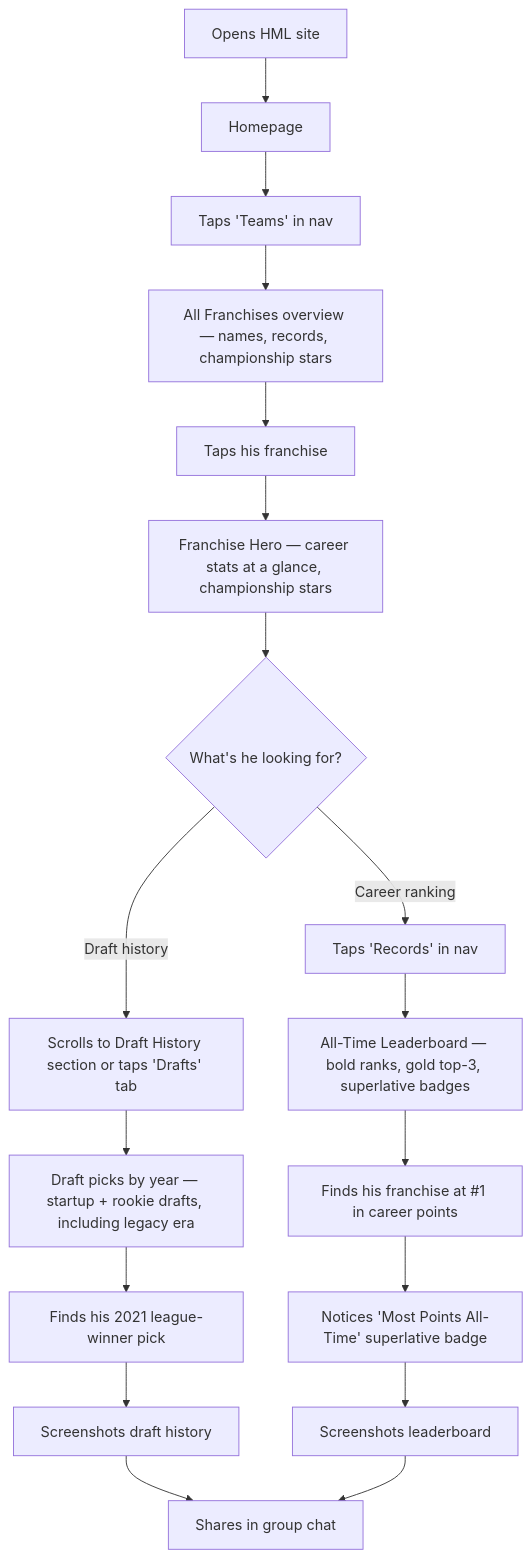
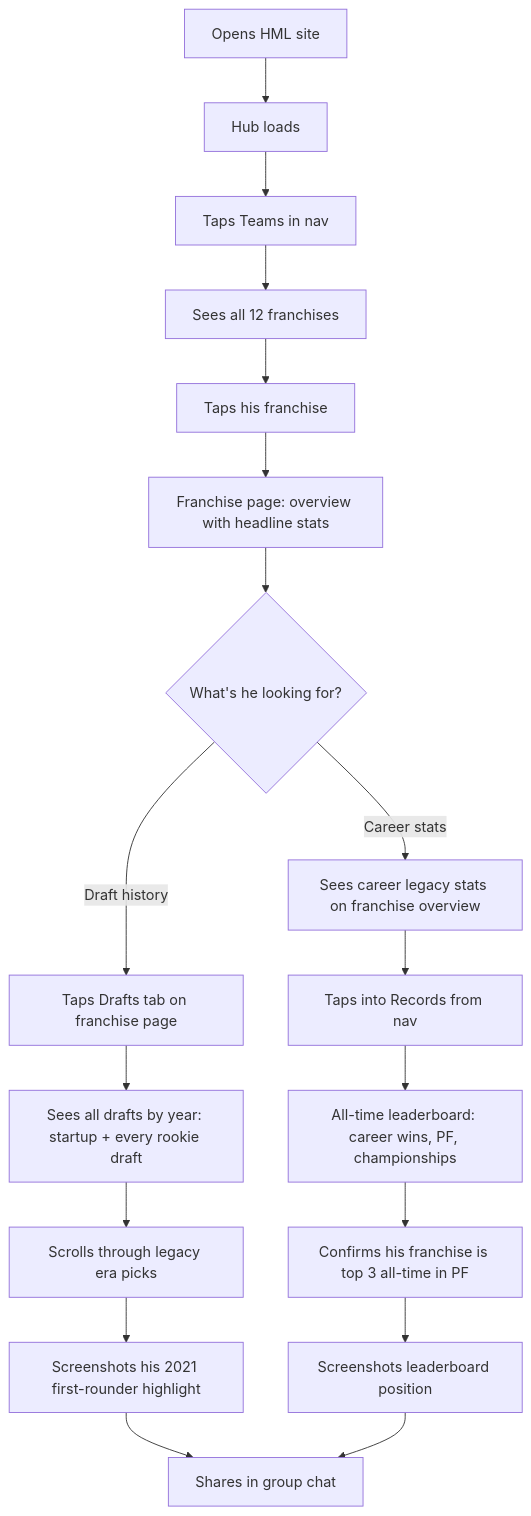
Before and after one commit to wbwright1/HMLML: the second of 5 diagrams in _bmad-output/planning-artifacts/ux-design-specification.md, drawn with Mermaid. The commit also changed other lines of this file and 49 other files, not shown here.

````diff
--- a/_bmad-output/planning-artifacts/ux-design-specification.md
+++ b/_bmad-output/planning-artifacts/ux-design-specification.md
@@ -608,20 +589,20 @@
 ```mermaid
 flowchart TD
-    A[Opens HML site] --> B[Homepage]
-    B --> C[Taps 'Teams' in nav]
-    C --> D[All Franchises overview — names, records, championship stars]
+    A[Opens HML site] --> B[Hub loads]
+    B --> C[Taps Teams in nav]
+    C --> D[Sees all 12 franchises]
     D --> E[Taps his franchise]
-    E --> F[Franchise Hero — career stats at a glance, championship stars]
+    E --> F[Franchise page: overview with headline stats]
     F --> G{What's he looking for?}
-    G -->|Draft history| H[Scrolls to Draft History section or taps 'Drafts' tab]
-    H --> I[Draft picks by year — startup + rookie drafts, including legacy era]
-    I --> J[Finds his 2021 league-winner pick]
-    J --> K[Screenshots draft history]
-    G -->|Career ranking| L[Taps 'Records' in nav]
-    L --> M[All-Time Leaderboard — bold ranks, gold top-3, superlative badges]
-    M --> N[Finds his franchise at #1 in career points]
-    N --> O[Notices 'Most Points All-Time' superlative badge]
-    O --> P[Screenshots leaderboard]
+    G -->|Draft history| H[Taps Drafts tab on franchise page]
+    H --> I[Sees all drafts by year: startup + every rookie draft]
+    I --> J[Scrolls through legacy era picks]
+    J --> K[Screenshots his 2021 first-rounder highlight]
+    G -->|Career stats| L[Sees career legacy stats on franchise overview]
+    L --> M[Taps into Records from nav]
+    M --> N[All-time leaderboard: career wins, PF, championships]
+    N --> O[Confirms his franchise is top 3 all-time in PF]
+    O --> P[Screenshots leaderboard position]
     K --> Q[Shares in group chat]
     P --> Q
 ```
````
